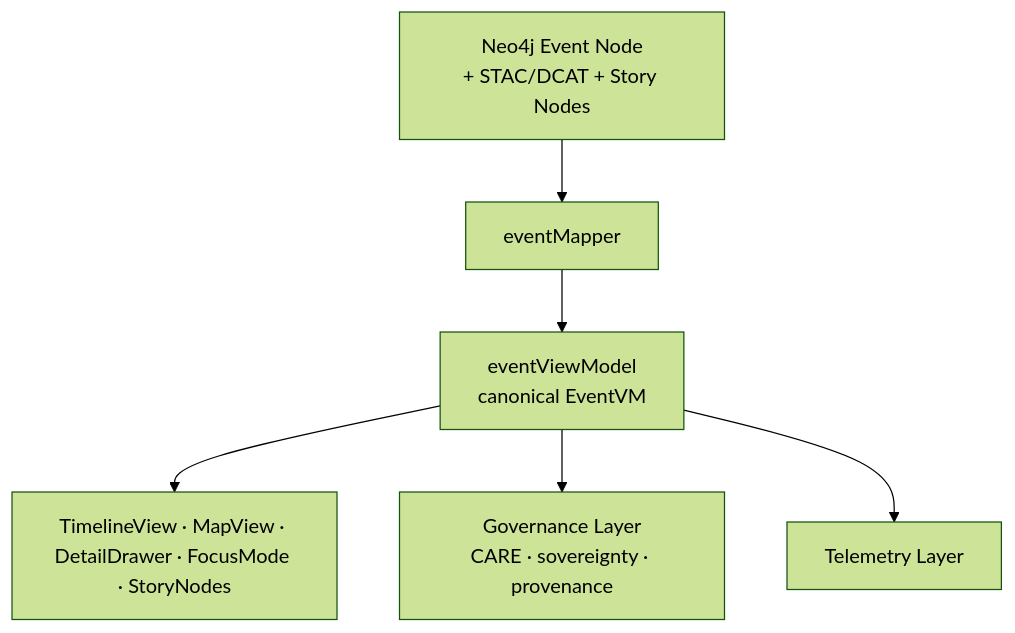
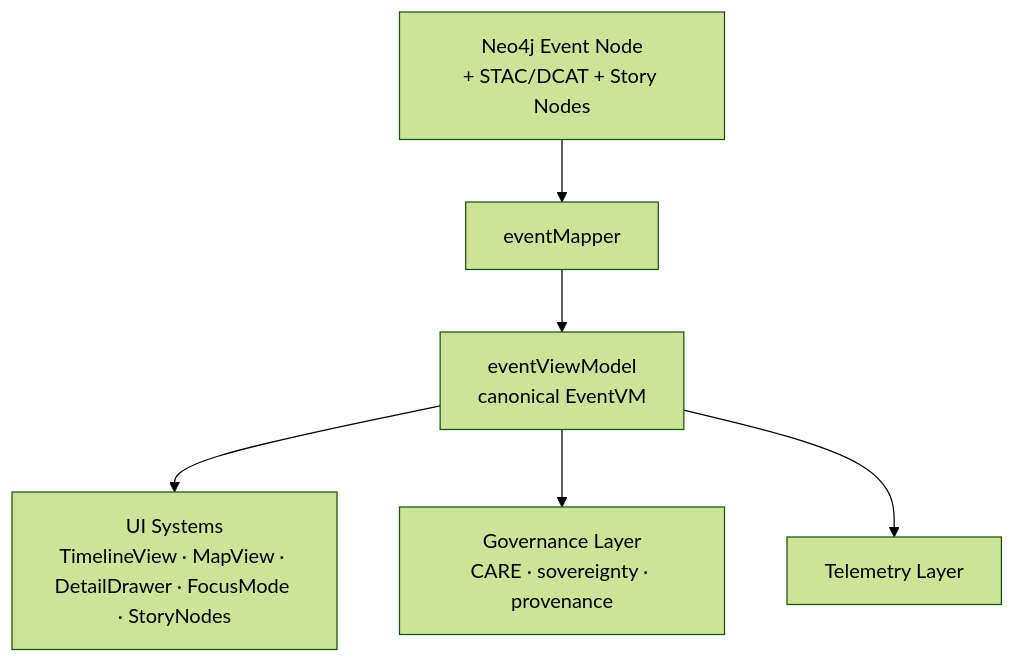
One commit to bartytime4life/Kansas-Frontier-Matrix changed the first of 5 diagrams in web/src/entities/events/README.md. Above: the diagram before and after it, drawn with Mermaid (forest theme). The commit also changed other lines of this file, not shown here.

````diff
--- a/web/src/entities/events/README.md
+++ b/web/src/entities/events/README.md
@@ -66,8 +142,8 @@
-```mermaid
+~~~mermaid
 flowchart TD
     RAW[Neo4j Event Node<br/>+ STAC/DCAT + Story Nodes] --> MAP[eventMapper]
     MAP --> VM[eventViewModel<br/>canonical EventVM]
-    VM --> UI[TimelineView · MapView · DetailDrawer · FocusMode · StoryNodes]
+    VM --> UI[UI Systems<br/>TimelineView · MapView · DetailDrawer · FocusMode · StoryNodes]
     VM --> GOV[Governance Layer<br/>CARE · sovereignty · provenance]
     VM --> TEL[Telemetry Layer]
-```
+~~~
````
